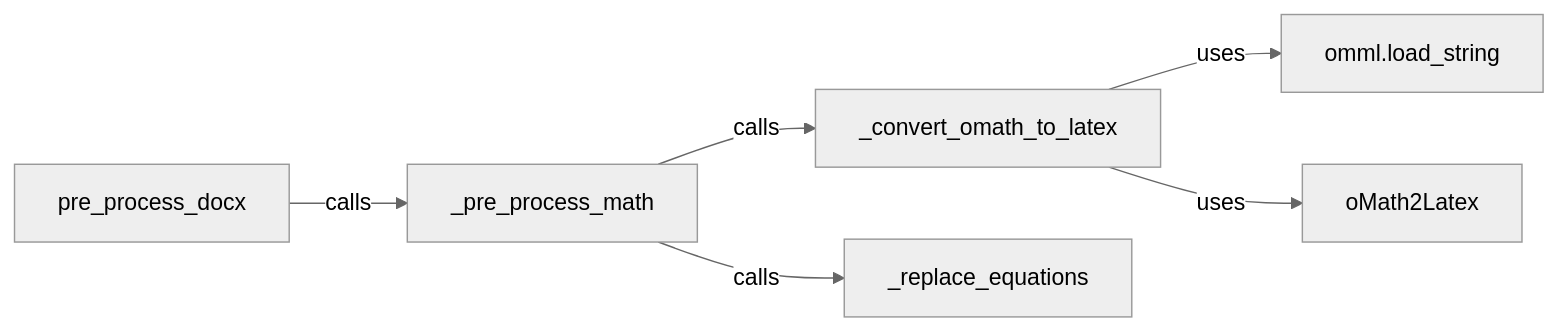
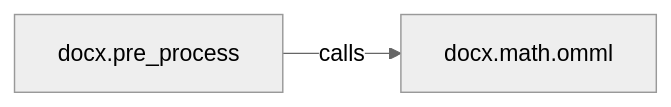
One commit to CodeBoarding/GeneratedOnBoardings changed the diagram in markitdown/DOCX Preprocessor.md. Above: the diagram before and after it, drawn with Mermaid (neutral theme). The commit also changed other lines of this file and 13 other files, not shown here.

````diff
--- a/markitdown/DOCX Preprocessor.md
+++ b/markitdown/DOCX Preprocessor.md
@@ -1,14 +1,6 @@
 ```mermaid
 graph LR
-    pre_process_docx["pre_process_docx"]
-    _pre_process_math["_pre_process_math"]
-    _convert_omath_to_latex["_convert_omath_to_latex"]
-    _replace_equations["_replace_equations"]
-    omml_load_string["omml.load_string"]
-    oMath2Latex["oMath2Latex"]
-    pre_process_docx -- "calls" --> _pre_process_math
-    _pre_process_math -- "calls" --> _convert_omath_to_latex
-    _pre_process_math -- "calls" --> _replace_equations
-    _convert_omath_to_latex -- "uses" --> omml_load_string
-    _convert_omath_to_latex -- "uses" --> oMath2Latex
+    docx_pre_process["docx.pre_process"]
+    docx_math_omml["docx.math.omml"]
+    docx_pre_process -- "calls" --> docx_math_omml
 ```
````
